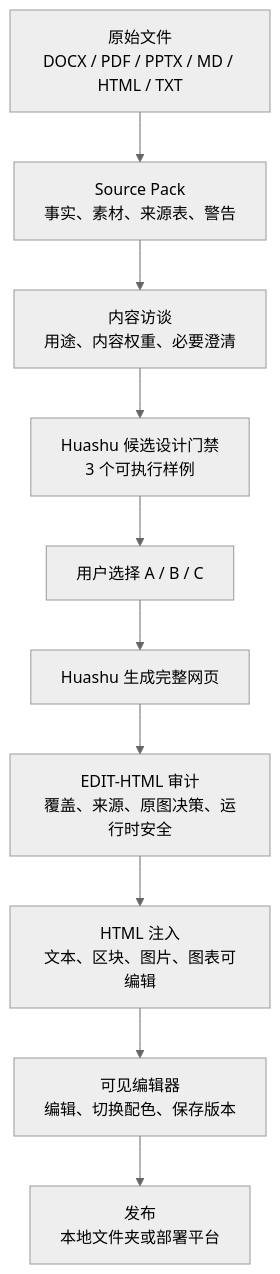
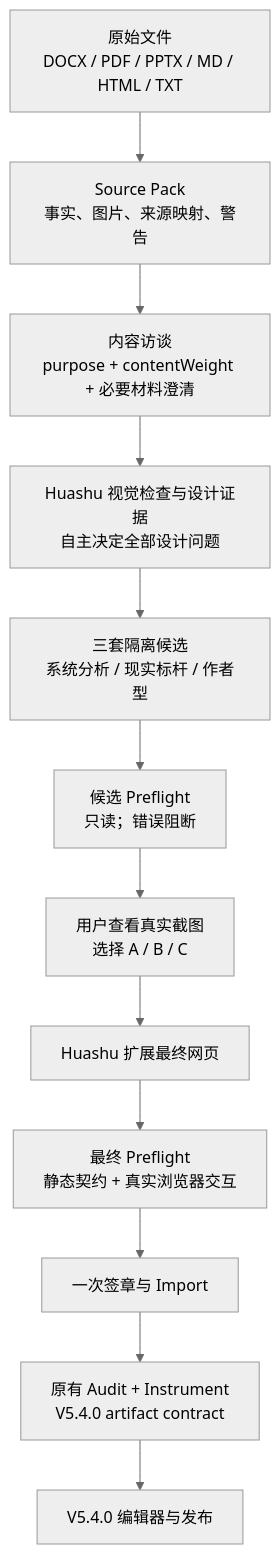
One commit to edchwx-lang/EDIT-HTML changed the diagram in README.zh-CN.md. Above: the diagram before and after it, drawn with Mermaid (neutral theme). The commit also changed other lines of this file and 30 other files, not shown here.

Commit message:
feat: add Huashu preflight design pipeline

````diff
--- a/README.zh-CN.md
+++ b/README.zh-CN.md
@@ -20,12 +20,14 @@
 ```mermaid
 flowchart TD
-  A["原始文件<br/>DOCX / PDF / PPTX / MD / HTML / TXT"] --> B["Source Pack<br/>事实、素材、来源表、警告"]
-  B --> C["内容访谈<br/>用途、内容权重、必要澄清"]
-  C --> D["Huashu 候选设计门禁<br/>3 个可执行样例"]
-  D --> E["用户选择 A / B / C"]
-  E --> F["Huashu 生成完整网页"]
-  F --> G["EDIT-HTML 审计<br/>覆盖、来源、原图决策、运行时安全"]
-  G --> H["HTML 注入<br/>文本、区块、图片、图表可编辑"]
-  H --> I["可见编辑器<br/>编辑、切换配色、保存版本"]
-  I --> J["发布<br/>本地文件夹或部署平台"]
+  A["原始文件<br/>DOCX / PDF / PPTX / MD / HTML / TXT"] --> B["Source Pack<br/>事实、图片、来源映射、警告"]
+  B --> C["内容访谈<br/>purpose + contentWeight + 必要材料澄清"]
+  C --> D["Huashu 视觉检查与设计证据<br/>自主决定全部设计问题"]
+  D --> E["三套隔离候选<br/>系统分析 / 现实标杆 / 作者型"]
+  E --> F["候选 Preflight<br/>只读；错误阻断"]
+  F --> G["用户查看真实截图<br/>选择 A / B / C"]
+  G --> H["Huashu 扩展最终网页"]
+  H --> I["最终 Preflight<br/>静态契约 + 真实浏览器交互"]
+  I --> J["一次签章与 Import"]
+  J --> K["原有 Audit + Instrument<br/>V5.4.0 artifact contract"]
+  K --> L["V5.4.0 编辑器与发布"]
 ```
````
